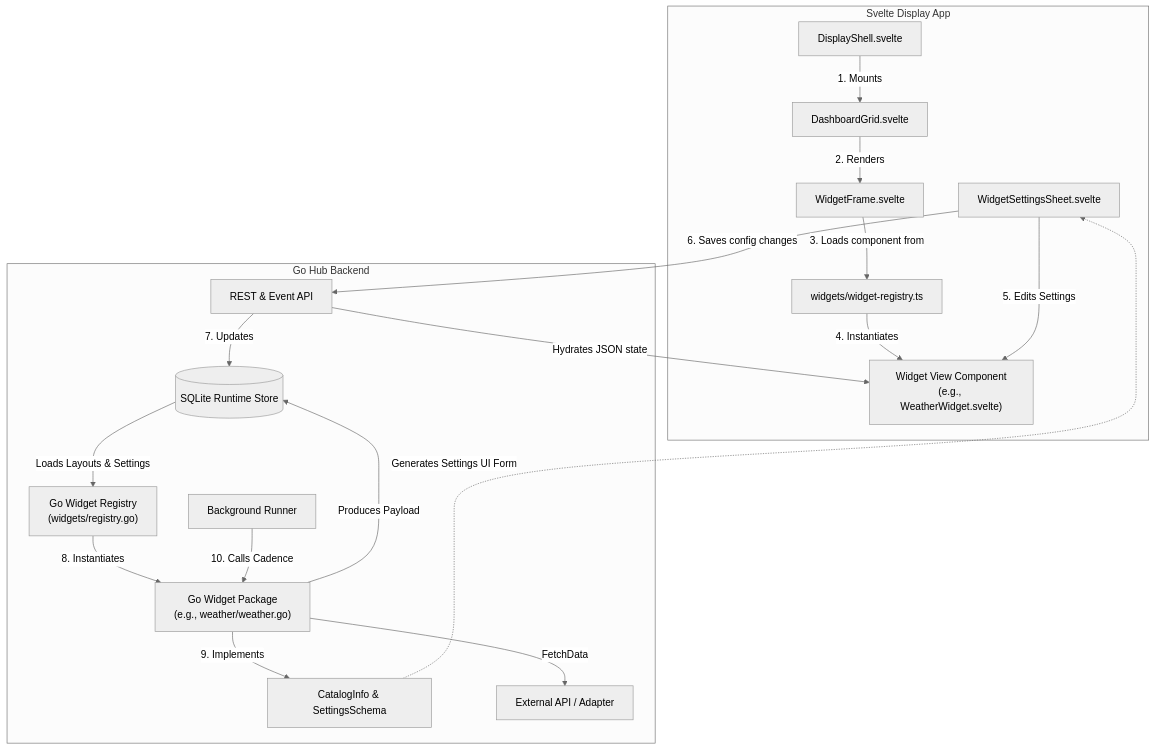
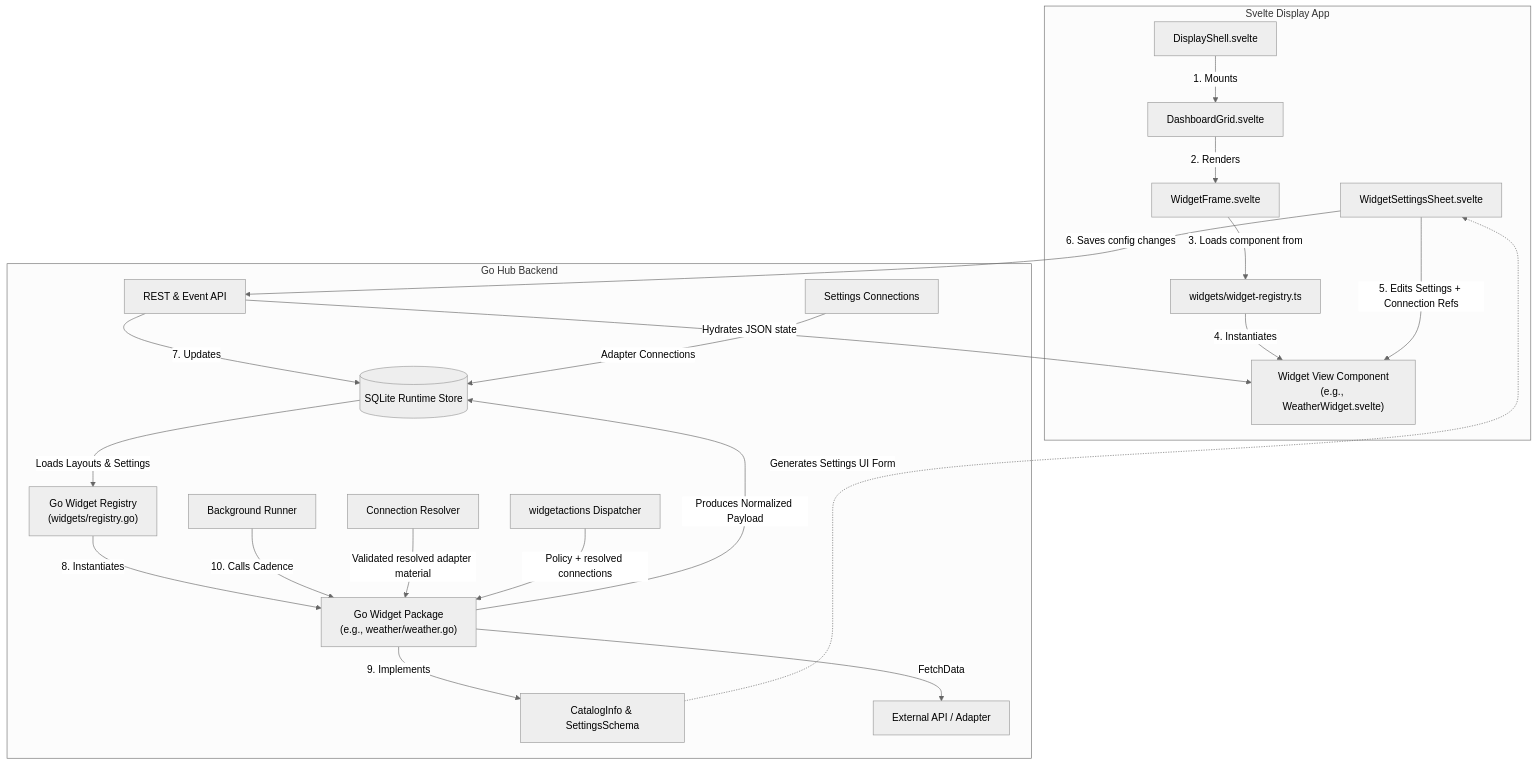
Before and after one commit to juteai/jute-dash: the diagram in docs/architecture/widgets.md, drawn with Mermaid (neutral theme). The commit also changed other lines of this file and 195 other files, not shown here.

````diff
--- a/docs/architecture/widgets.md
+++ b/docs/architecture/widgets.md
@@ -20,26 +22,29 @@
 ```mermaid
 flowchart TD
     subgraph Browser [Svelte Display App]
         Shell[DisplayShell.svelte] -->|1. Mounts| Grid[DashboardGrid.svelte]
         Grid -->|2. Renders| Frame[WidgetFrame.svelte]
         Frame -->|3. Loads component from| Registry[widgets/widget-registry.ts]
         Registry -->|4. Instantiates| SvelteComp["Widget View Component\n(e.g., WeatherWidget.svelte)"]
-        ConfigSheet[WidgetSettingsSheet.svelte] -->|5. Edits Settings| SvelteComp
+        ConfigSheet[WidgetSettingsSheet.svelte] -->|5. Edits Settings + Connection Refs| SvelteComp
     end
 
     subgraph Hub [Go Hub Backend]
         API[REST & Event API] -->|Hydrates JSON state| SvelteComp
         ConfigSheet -->|6. Saves config changes| API
         API -->|7. Updates| DB[(SQLite Runtime Store)]
+        Connections[Settings Connections] -->|Adapter Connections| DB
 
         DB -->|Loads Layouts & Settings| RegistryGo["Go Widget Registry\n(widgets/registry.go)"]
         RegistryGo -->|8. Instantiates| GoWidget["Go Widget Package\n(e.g., weather/weather.go)"]
 
         GoWidget -->|9. Implements| Catalog["CatalogInfo & SettingsSchema"]
         Catalog -.->|Generates Settings UI Form| ConfigSheet
 
         Scheduler[Background Runner] -->|10. Calls Cadence| GoWidget
+        Resolver[Connection Resolver] -->|Validated resolved adapter material| GoWidget
+        ActionDispatcher[widgetactions Dispatcher] -->|Policy + resolved connections| GoWidget
         GoWidget -->|FetchData| ExtData["External API / Adapter"]
-        GoWidget -->|Produces Payload| DB
+        GoWidget -->|Produces Normalized Payload| DB
     end
 ```
````
